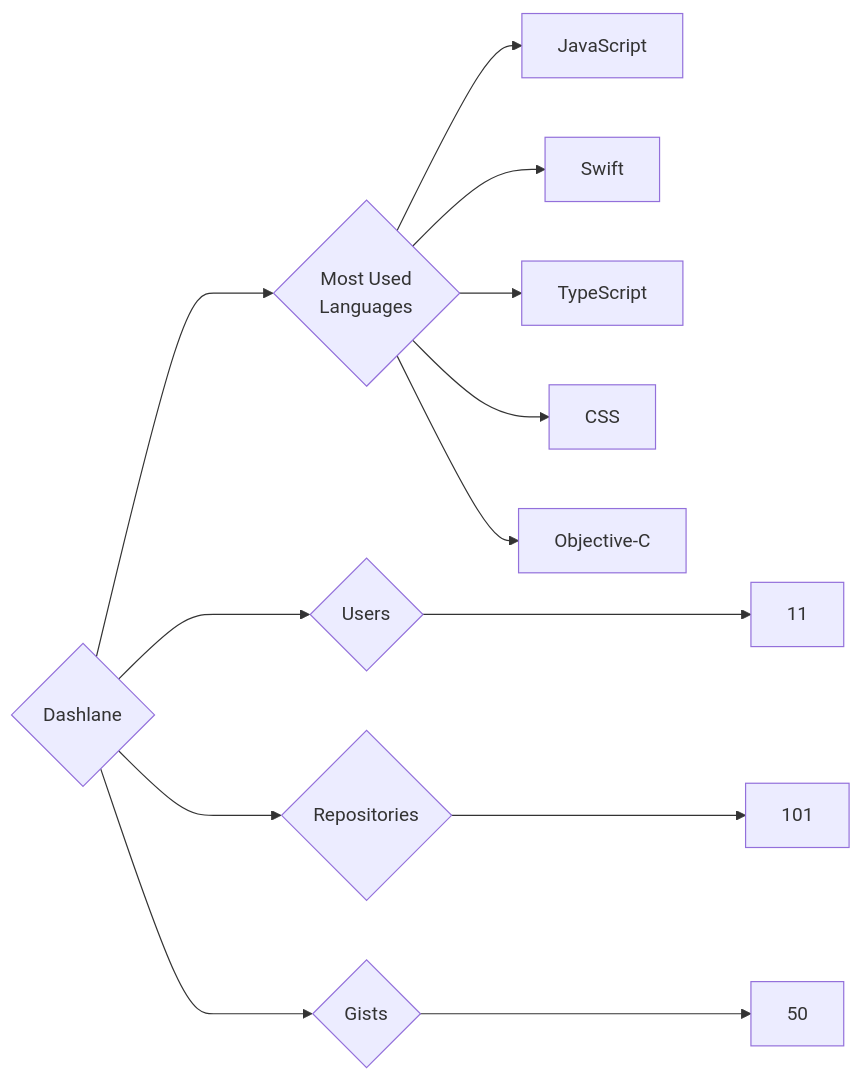
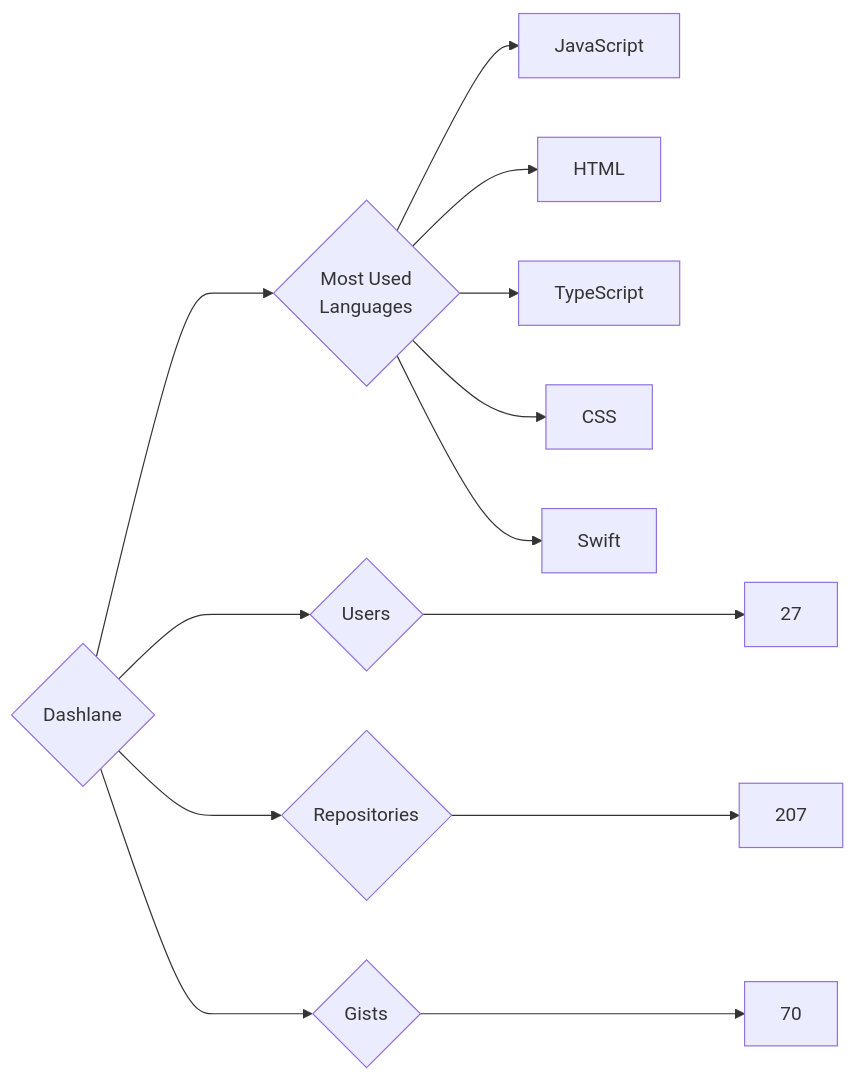
The diagram in targets/Dashlane/README.md (trickest/insiders), drawn with Mermaid before and after one commit. The commit also changed 1084 other files, not shown here.

````diff
--- a/targets/Dashlane/README.md
+++ b/targets/Dashlane/README.md
@@ -3,13 +3,13 @@
 ```mermaid
 graph LR
 COMPANY_NAME{Dashlane}
-COMPANY_NAME ---> U{Users} ---> UN[11]
-COMPANY_NAME ---> R{Repositories} ---> RN[101]
-COMPANY_NAME ---> G{Gists} ---> GN[50]
+COMPANY_NAME ---> U{Users} ---> UN[27]
+COMPANY_NAME ---> R{Repositories} ---> RN[207]
+COMPANY_NAME ---> G{Gists} ---> GN[70]
 COMPANY_NAME ---> ML{Most Used<br>Languages}
 ML --> JavaScript[JavaScript]
-ML --> Swift[Swift]
+ML --> HTML[HTML]
 ML --> TypeScript[TypeScript]
 ML --> CSS[CSS]
-ML --> Objective-C[Objective-C]
+ML --> Swift[Swift]
 ```
````
